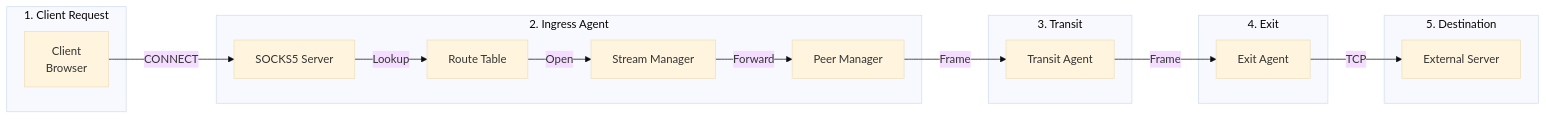
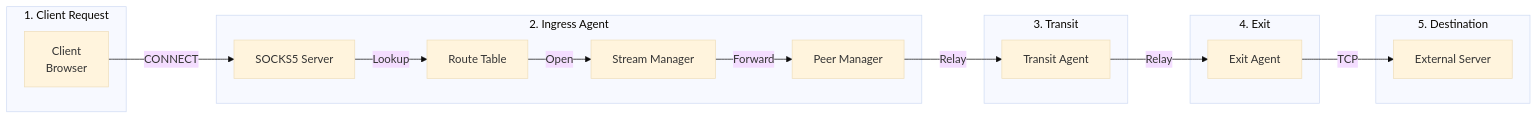
One commit to postalsys/Muti-Metroo changed the second of 4 diagrams in docs/docs/concepts/architecture.md. Above: the diagram before and after it, drawn with Mermaid (base theme). The commit also changed other lines of this file and 9 other files, not shown here.

````diff
--- a/docs/docs/concepts/architecture.md
+++ b/docs/docs/concepts/architecture.md
@@ -120,33 +120,33 @@
 ```mermaid
 flowchart LR
     subgraph Step1[1. Client Request]
         Client[Client<br/>Browser]
     end
 
     subgraph Step2[2. Ingress Agent]
         SOCKS5[SOCKS5 Server]
         RouteTable[Route Table]
         StreamMgr[Stream Manager]
         PeerMgr[Peer Manager]
     end
 
     subgraph Step3[3. Transit]
         Transit[Transit Agent]
     end
 
     subgraph Step4[4. Exit]
         Exit[Exit Agent]
     end
 
     subgraph Step5[5. Destination]
         Server[External Server]
     end
 
     Client -->|CONNECT| SOCKS5
     SOCKS5 -->|Lookup| RouteTable
     RouteTable -->|Open| StreamMgr
     StreamMgr -->|Forward| PeerMgr
-    PeerMgr -->|Frame| Transit
-    Transit -->|Frame| Exit
+    PeerMgr -->|Relay| Transit
+    Transit -->|Relay| Exit
     Exit -->|TCP| Server
 ```
````
